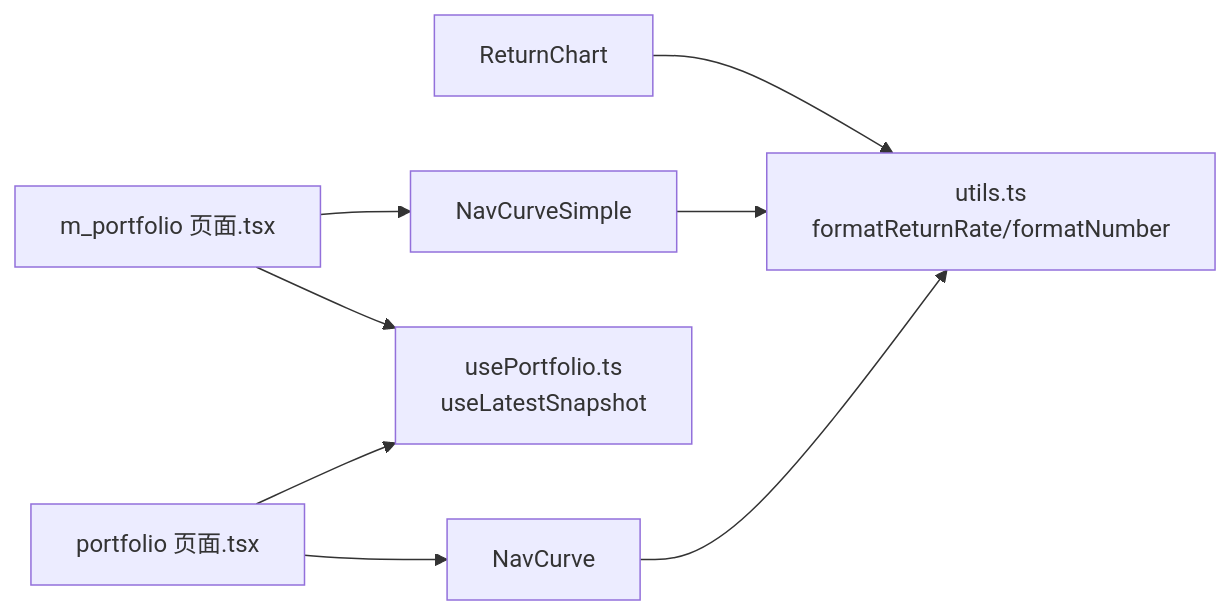
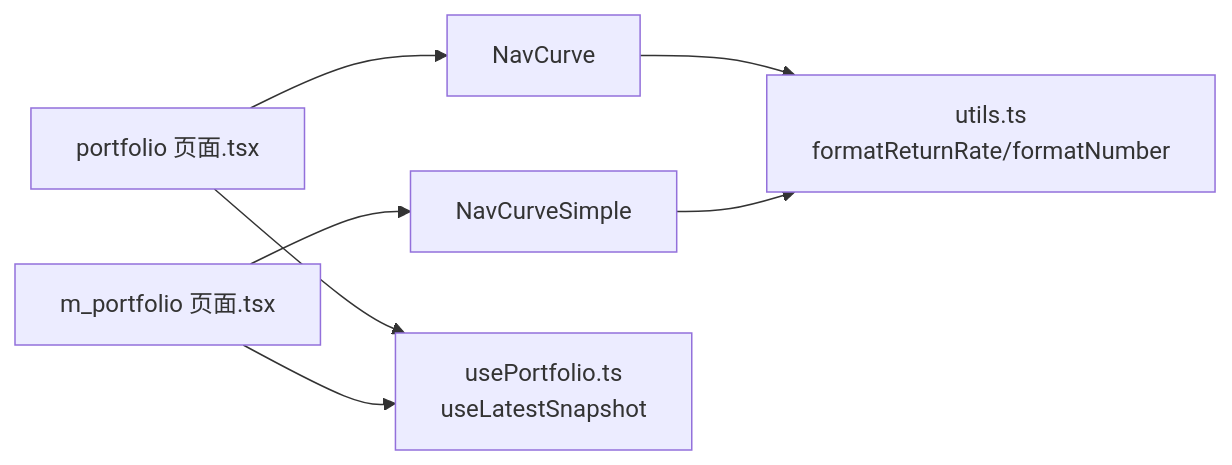
One commit to gujialind/InvestRing changed the fifth of 6 diagrams in .qoder/repowiki/zh/content/前端应用架构/组件系统架构/图表组件.md. Above: the diagram before and after it, drawn with Mermaid. The commit also changed other lines of this file and 32 other files, not shown here.

````diff
--- a/.qoder/repowiki/zh/content/前端应用架构/组件系统架构/图表组件.md
+++ b/.qoder/repowiki/zh/content/前端应用架构/组件系统架构/图表组件.md
@@ -223,10 +170,9 @@
 ```mermaid
 graph LR
 P["portfolio 页面.tsx"] --> NC["NavCurve"]
 MP["m_portfolio 页面.tsx"] --> NCS["NavCurveSimple"]
 P --> UP["usePortfolio.ts<br/>useLatestSnapshot"]
 MP --> UP
 NC --> U["utils.ts<br/>formatReturnRate/formatNumber"]
 NCS --> U
-RC["ReturnChart"] --> U
 ```
````
